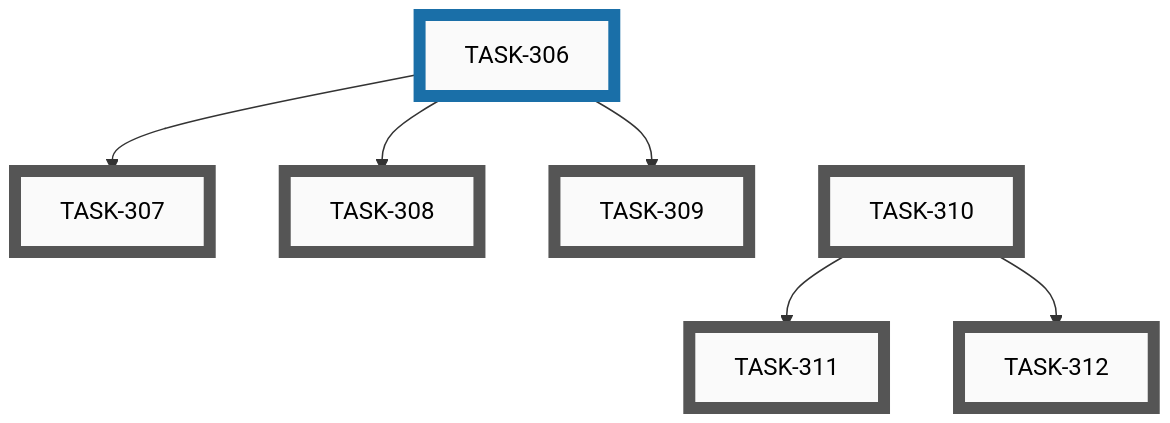
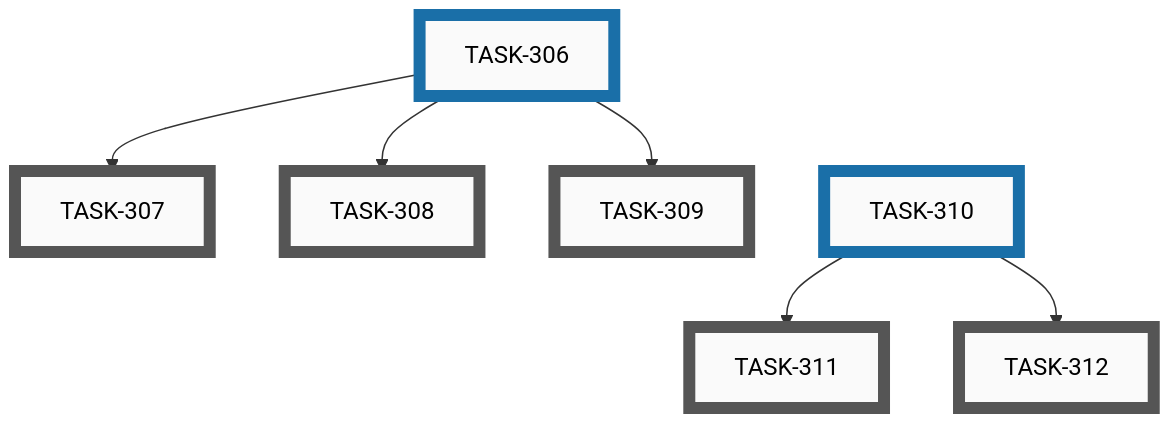
The fifth of 6 diagrams in docs/developers/tasks/EPICS.md (tgd1975/AwesomeStudioPedal), drawn with Mermaid before and after one commit. The commit also changed other lines of this file and 8 other files, not shown here.

Commit message:
close TASK-314: Use non-breaking space between category icon and name

````diff
--- a/docs/developers/tasks/EPICS.md
+++ b/docs/developers/tasks/EPICS.md
@@ -161,31 +161,31 @@
 ```mermaid
 graph TD
     TASK_307["TASK-307"]:::open
     TASK_308["TASK-308"]:::open
     TASK_309["TASK-309"]:::open
-    TASK_310["TASK-310"]:::open
     TASK_311["TASK-311"]:::open
     TASK_312["TASK-312"]:::open
     TASK_306["TASK-306"]:::active
+    TASK_310["TASK-310"]:::active
     TASK_306 --> TASK_307
     TASK_306 --> TASK_308
     TASK_306 --> TASK_309
     TASK_310 --> TASK_311
     TASK_310 --> TASK_312
     TASK_306 ~~~ TASK_310
     click TASK_307 "open/task-307-profile-independent-actions-simulator.md"
     click TASK_308 "open/task-308-profile-independent-actions-config-builder.md"
     click TASK_309 "open/task-309-profile-independent-actions-flutter-app.md"
-    click TASK_310 "open/task-310-configurable-ble-device-name-firmware.md"
     click TASK_311 "open/task-311-configurable-ble-device-name-config-builder.md"
     click TASK_312 "open/task-312-configurable-ble-device-name-flutter-app.md"
     click TASK_306 "active/task-306-profile-independent-actions-firmware.md"
+    click TASK_310 "active/task-310-configurable-ble-device-name-firmware.md"
     classDef open    fill:#FAFAFA,stroke:#555,stroke-width:8px,color:#000
     classDef active  fill:#FAFAFA,stroke:#1A6FA8,stroke-width:8px,color:#000
     classDef closed  fill:#FAFAFA,stroke:#3F8B53,stroke-width:8px,color:#000
     classDef paused  fill:#FAFAFA,stroke:#B07810,stroke-width:8px,color:#000
     classDef openExt    fill:#000,stroke:#888,stroke-width:8px,color:#FFF
     classDef activeExt  fill:#000,stroke:#3FA9F5,stroke-width:8px,color:#FFF
     classDef closedExt  fill:#000,stroke:#7CC68A,stroke-width:8px,color:#FFF
     classDef pausedExt  fill:#000,stroke:#F0B030,stroke-width:8px,color:#FFF
 ```
````
